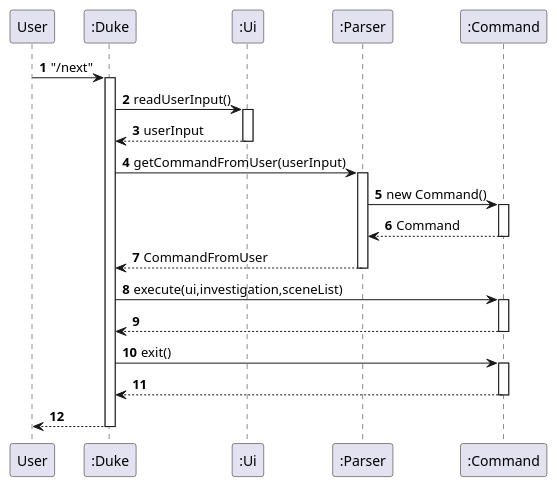
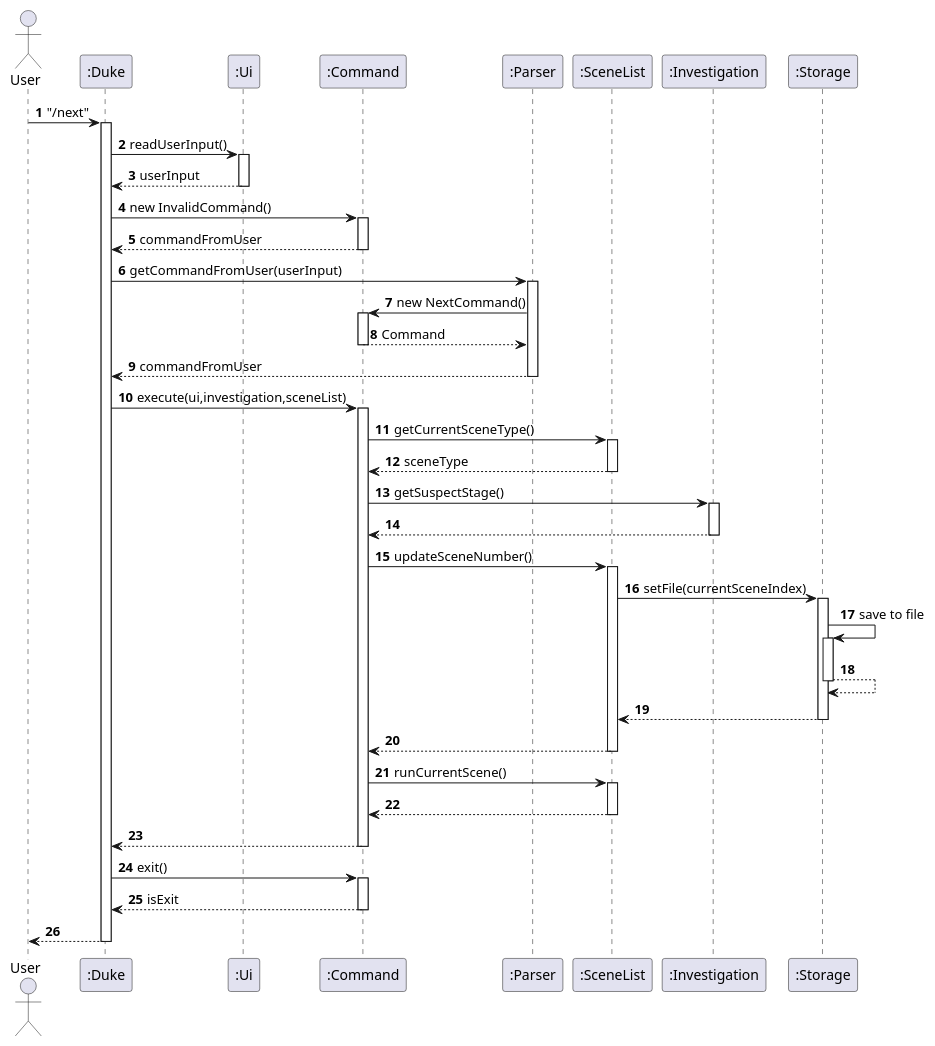
The diagram in docs/main_architecture.puml (peng-217/tp), drawn with PlantUML before and after one commit. The commit also changed 4 other files, not shown here.

Commit message:
Update architecture part of DG and clean it up

```diff
--- a/docs/main_architecture.puml
+++ b/docs/main_architecture.puml
@@ -1,31 +1,59 @@
 @startuml
 'https://plantuml.com/sequence-diagram
 
 autonumber
 
+actor User
 User -> ":Duke": "/next"
 activate ":Duke"
 ":Duke" -> ":Ui": readUserInput()
 activate ":Ui"
 ":Duke" <-- ":Ui": userInput
 deactivate ":Ui"
+":Duke" -> ":Command": new InvalidCommand()
+activate ":Command"
+":Duke" <-- ":Command": commandFromUser
+deactivate ":Command"
 ":Duke" -> ":Parser": getCommandFromUser(userInput)
 activate ":Parser"
-":Parser" -> ":Command": new Command()
+":Parser" -> ":Command": new NextCommand()
 activate ":Command"
 ":Parser" <-- ":Command": Command
 deactivate ":Command"
-":Duke" <-- ":Parser": CommandFromUser
+":Duke" <-- ":Parser": commandFromUser
 deactivate ":Parser"
 ":Duke" -> ":Command": execute(ui,investigation,sceneList)
 activate ":Command"
+":Command" -> ":SceneList": getCurrentSceneType()
+activate ":SceneList"
+":Command" <-- ":SceneList": sceneType
+deactivate ":SceneList"
+":Command" -> ":Investigation": getSuspectStage()
+activate ":Investigation"
+":Command" <-- ":Investigation"
+deactivate ":Investigation"
+":Command" -> ":SceneList": updateSceneNumber()
+activate ":SceneList"
+":SceneList" -> ":Storage": setFile(currentSceneIndex)
+activate ":Storage"
+":Storage" -> ":Storage": save to file
+activate ":Storage"
+return
+":SceneList" <-- ":Storage"
+deactivate ":Storage"
+":Command" <-- ":SceneList"
+deactivate ":SceneList"
+":Command" -> ":SceneList": runCurrentScene()
+activate ":SceneList"
+":Command" <-- ":SceneList"
+deactivate ":SceneList"
 ":Duke" <-- ":Command"
 deactivate ":Command"
 ":Duke" -> ":Command": exit()
 activate ":Command"
-":Duke" <-- ":Command"
+":Duke" <-- ":Command": isExit
 deactivate ":Command"
 User <-- ":Duke"
 deactivate ":Duke"
 
 @enduml
```
